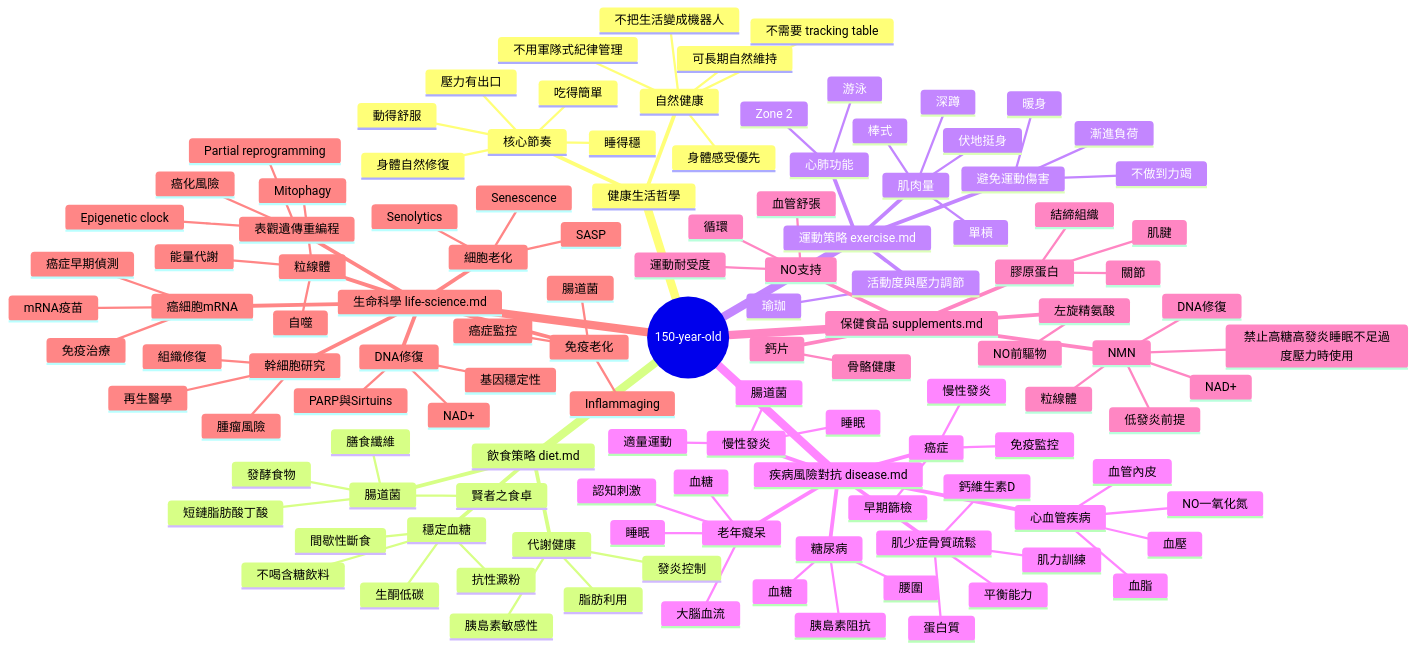
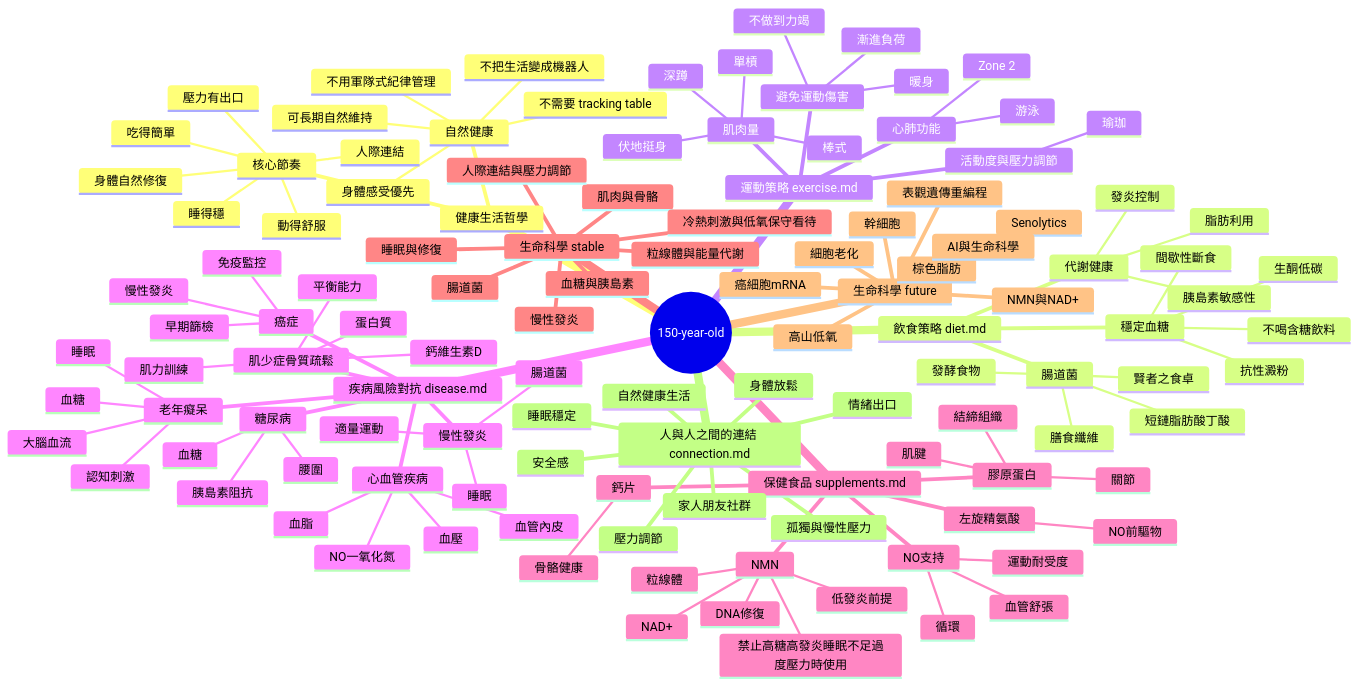
The first of 3 diagrams in mindmap.md (WangChengYeh/150-year-old), drawn with Mermaid before and after one commit. The commit also changed other lines of this file, not shown here.

Commit message:
Sync mindmap with new life science structure and connection

````diff
--- a/mindmap.md
+++ b/mindmap.md
@@ -22,6 +22,7 @@
         動得舒服
         壓力有出口
         身體自然修復
+        人際連結
     飲食策略 diet.md
       穩定血糖
         間歇性斷食
@@ -99,33 +100,32 @@
         粒線體
         低發炎前提
         禁止高糖高發炎睡眠不足過度壓力時使用
-    生命科學 life-science.md
-      幹細胞研究
-        組織修復
-        再生醫學
-        腫瘤風險
+    生命科學 stable
+      睡眠與修復
+      血糖與胰島素
+      慢性發炎
+      肌肉與骨骼
+      粒線體與能量代謝
+      腸道菌
+      人際連結與壓力調節
+      冷熱刺激與低氧保守看待
+    生命科學 future
+      幹細胞
       癌細胞mRNA
-        癌症早期偵測
-        mRNA疫苗
-        免疫治療
-      DNA修復
-        基因穩定性
-        NAD+
-        PARP與Sirtuins
+      NMN與NAD+
       細胞老化
-        Senescence
-        SASP
-        Senolytics
-      粒線體
-        能量代謝
-        自噬
-        Mitophagy
-      免疫老化
-        Inflammaging
-        癌症監控
-        腸道菌
+      Senolytics
       表觀遺傳重編程
-        Epigenetic clock
-        Partial reprogramming
-        癌化風險
+      棕色脂肪
+      高山低氧
+      AI與生命科學
+    人與人之間的連結 connection.md
+      安全感
+      情緒出口
+      家人朋友社群
+      孤獨與慢性壓力
+      身體放鬆
+      睡眠穩定
+      壓力調節
+      自然健康生活
 ```
````
